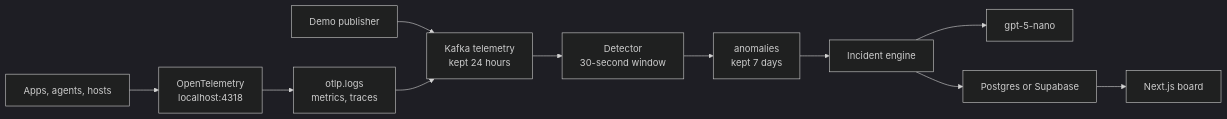
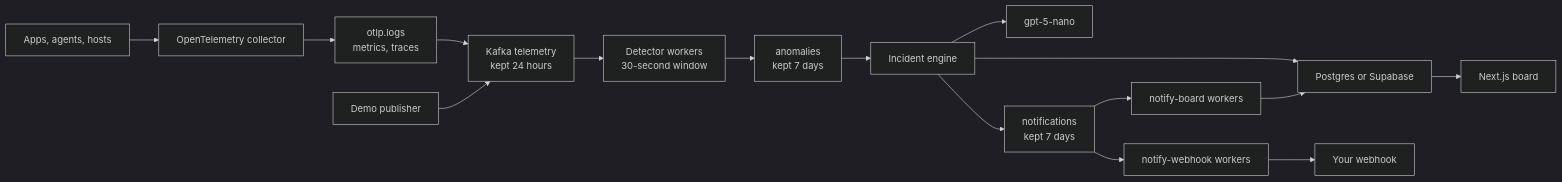
One commit to tringuyen180303/AI_Incident_Detector changed the diagram in README.md. Above: the diagram before and after it, drawn with Mermaid (dark theme). The commit also changed other lines of this file and 17 other files, not shown here.

First line of the commit message:
Fan alerts out to the board and a webhook.

````diff
--- a/README.md
+++ b/README.md
@@ -7,13 +7,18 @@
 ```mermaid
 flowchart LR
-  apps["Apps, agents, hosts"] --> otel["OpenTelemetry\nlocalhost:4318"]
+  apps["Apps, agents, hosts"] --> otel["OpenTelemetry collector"]
   demo["Demo publisher"] --> telemetry
   otel --> otlp["otlp.logs\nmetrics, traces"]
   otlp --> telemetry["Kafka telemetry\nkept 24 hours"]
-  telemetry --> detect["Detector\n30-second window"]
+  telemetry --> detect["Detector workers\n30-second window"]
   detect --> anomalies["anomalies\nkept 7 days"]
   anomalies --> engine["Incident engine"]
   engine --> model["gpt-5-nano"]
-  engine --> db["Postgres or Supabase"]
+  engine --> notes["notifications\nkept 7 days"]
+  notes --> boardWorkers["notify-board workers"]
+  notes --> hookWorkers["notify-webhook workers"]
+  boardWorkers --> db["Postgres or Supabase"]
+  hookWorkers --> hook["Your webhook"]
+  engine --> db
   db --> board["Next.js board"]
 ```
````
